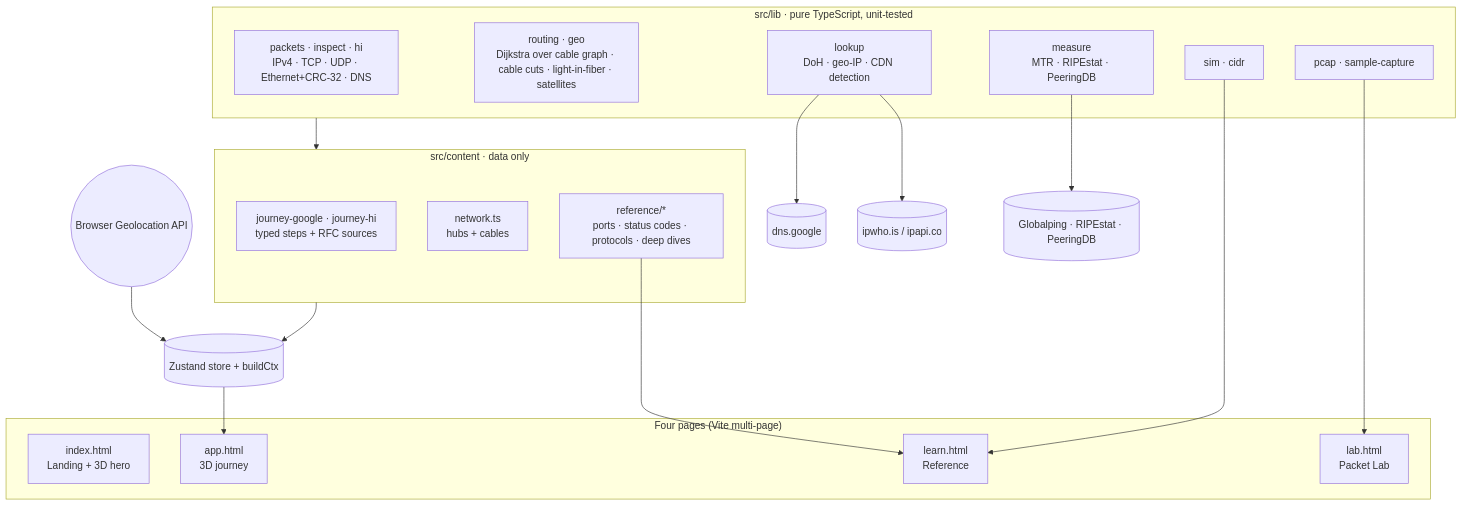
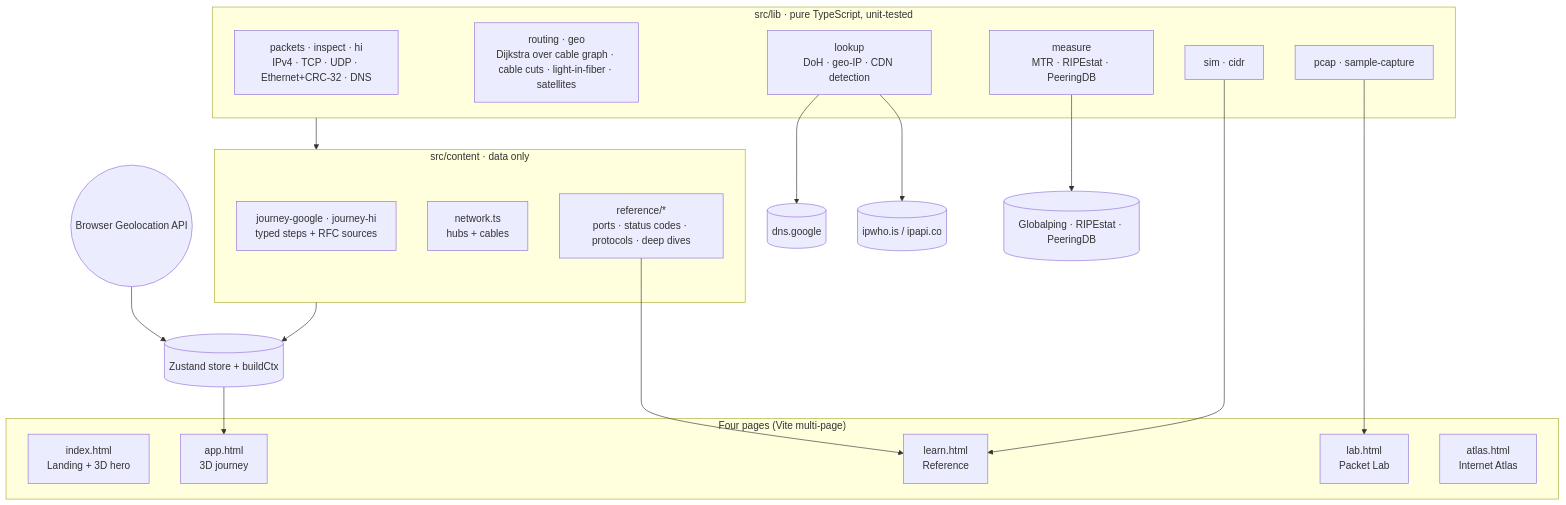
One commit to Karthik-099/packet-journey-3d changed the first of 2 diagrams in README.md. Above: the diagram before and after it, drawn with Mermaid. The commit also changed other lines of this file and 21 other files, not shown here.

First line of the commit message:
Logo, square display font, technical icon tiles, Internet Atlas page

````diff
--- a/README.md
+++ b/README.md
@@ -44,32 +49,33 @@
 ```mermaid
 flowchart TB
   subgraph pages["Four pages (Vite multi-page)"]
     L[index.html<br/>Landing + 3D hero]
     A[app.html<br/>3D journey]
     D[learn.html<br/>Reference]
     P[lab.html<br/>Packet Lab]
+    AT[atlas.html<br/>Internet Atlas]
   end
   subgraph lib["src/lib · pure TypeScript, unit-tested"]
     PK[packets · inspect · hi<br/>IPv4 · TCP · UDP · Ethernet+CRC-32 · DNS]
     RT[routing · geo<br/>Dijkstra over cable graph · cable cuts · light-in-fiber · satellites]
     LK[lookup<br/>DoH · geo-IP · CDN detection]
     MS[measure<br/>MTR · RIPEstat · PeeringDB]
     PC[pcap · sample-capture]
     SM[sim · cidr]
   end
   subgraph content["src/content · data only"]
     J[journey-google · journey-hi<br/>typed steps + RFC sources]
     N[network.ts<br/>hubs + cables]
     REF[reference/*<br/>ports · status codes · protocols · deep dives]
   end
   ST[(Zustand store + buildCtx)]
   GEO((Browser Geolocation API))
   X1[(dns.google)] & X2[(ipwho.is / ipapi.co)] & X3[(Globalping · RIPEstat · PeeringDB)]
   lib --> content --> ST --> A
   GEO --> ST
   LK --> X1 & X2
   MS --> X3
   REF --> D
   PC --> P
   SM --> D
 ```
````
